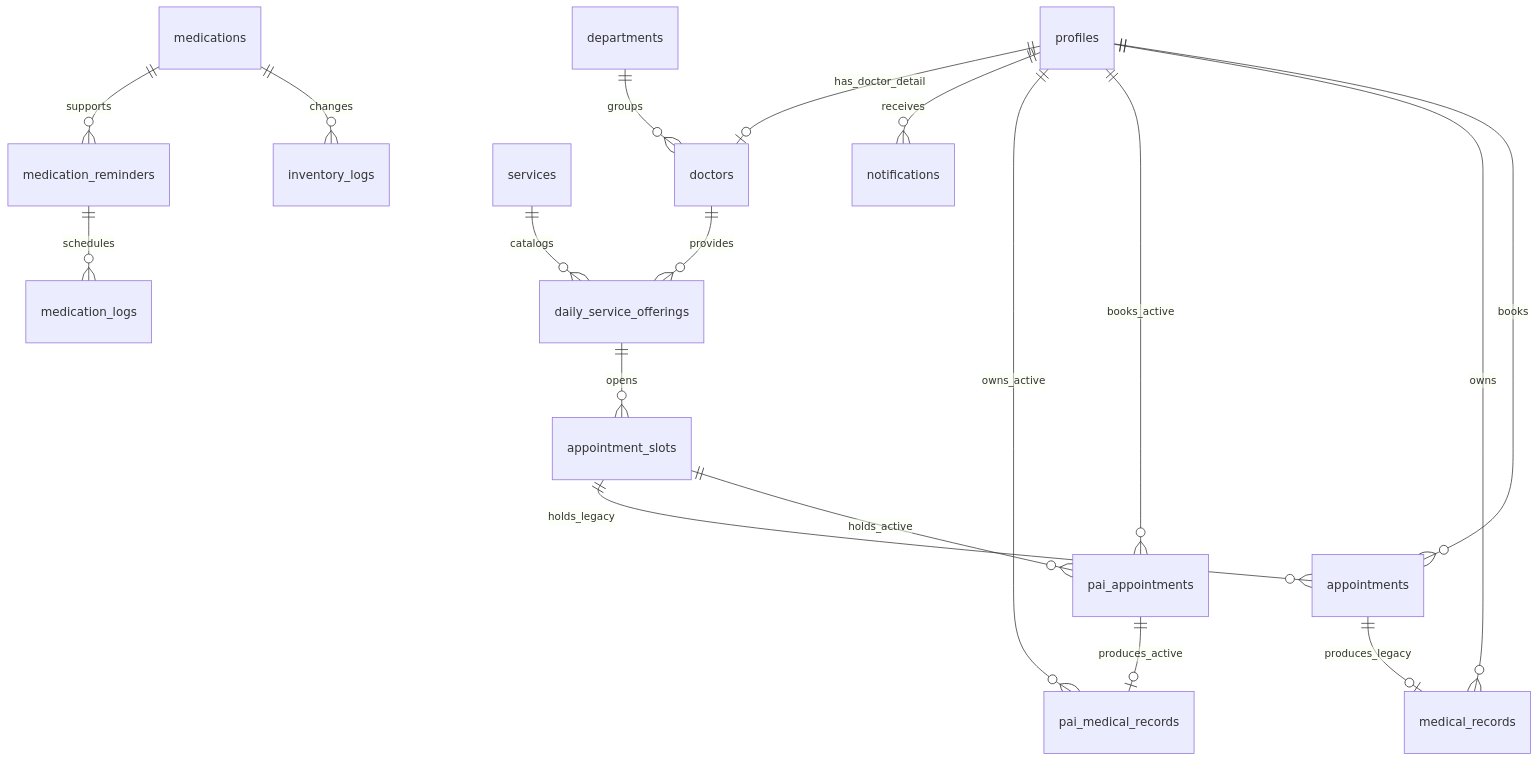
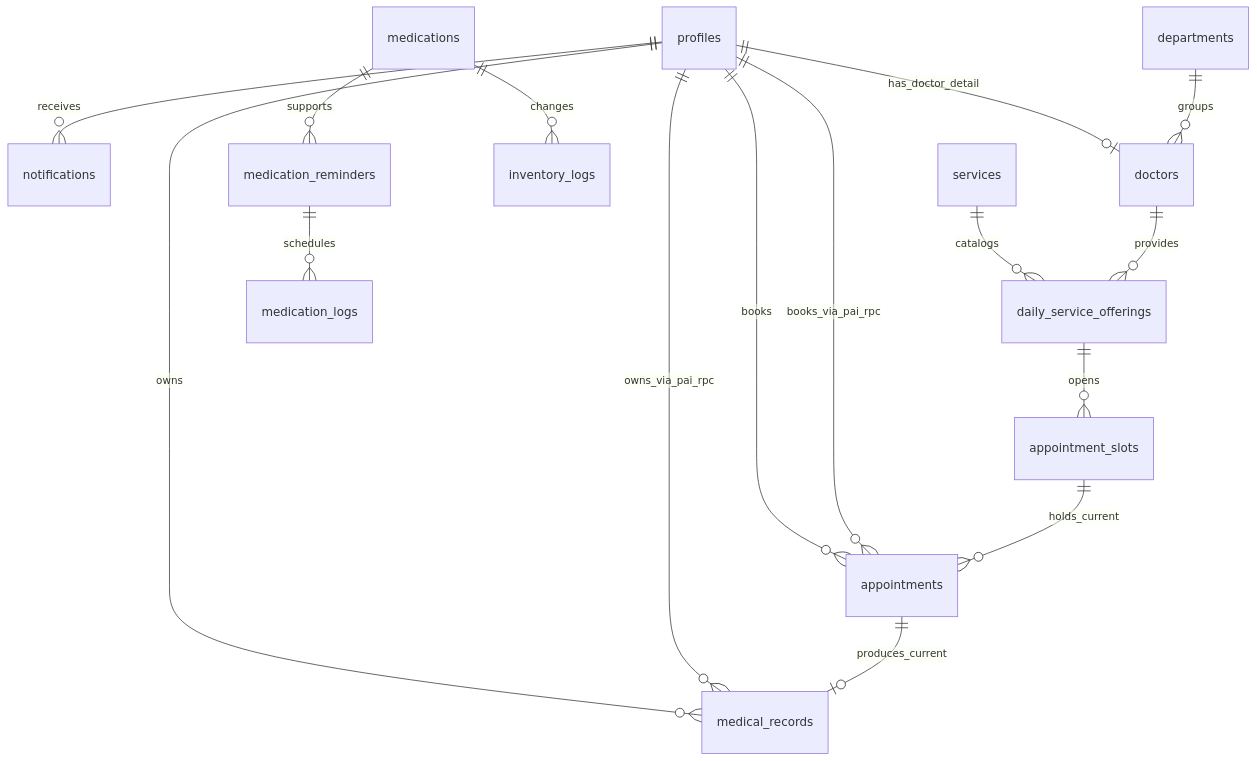
One commit to Supot77/UniClinic-App changed the diagram in docs/03_database_design_and_er.md. Above: the diagram before and after it, drawn with Mermaid. The commit also changed other lines of this file and 46 other files, not shown here.

````diff
--- a/docs/03_database_design_and_er.md
+++ b/docs/03_database_design_and_er.md
@@ -80,20 +82,18 @@
 ```mermaid
 erDiagram
     profiles ||--o{ appointments : books
     profiles ||--o{ medical_records : owns
-    profiles ||--o{ pai_appointments : books_active
-    profiles ||--o{ pai_medical_records : owns_active
+    profiles ||--o{ appointments : books_via_pai_rpc
+    profiles ||--o{ medical_records : owns_via_pai_rpc
     profiles ||--o{ notifications : receives
     profiles ||--o| doctors : has_doctor_detail
     departments ||--o{ doctors : groups
     services ||--o{ daily_service_offerings : catalogs
     doctors ||--o{ daily_service_offerings : provides
     daily_service_offerings ||--o{ appointment_slots : opens
-    appointment_slots ||--o{ pai_appointments : holds_active
-    pai_appointments ||--o| pai_medical_records : produces_active
-    appointment_slots ||--o{ appointments : holds_legacy
-    appointments ||--o| medical_records : produces_legacy
+    appointment_slots ||--o{ appointments : holds_current
+    appointments ||--o| medical_records : produces_current
     medications ||--o{ inventory_logs : changes
     medications ||--o{ medication_reminders : supports
     medication_reminders ||--o{ medication_logs : schedules
 ```
````
